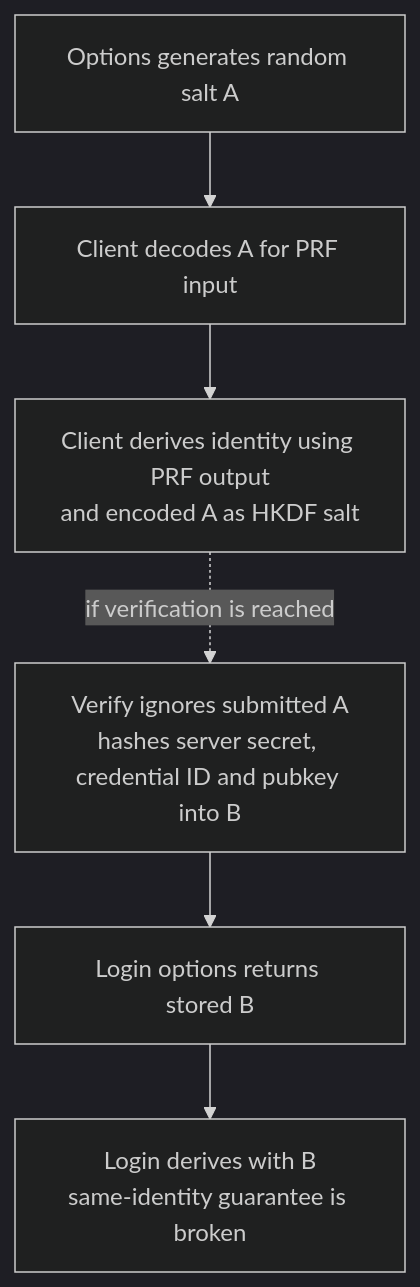
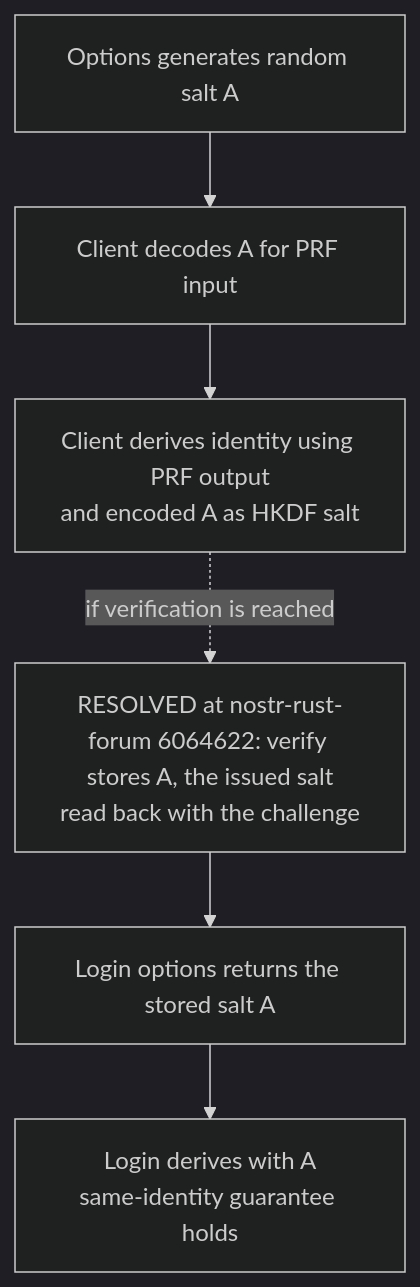
The second of 6 diagrams in docs/diagrams/nostr-rust-forum/23-passkey-client-worker-contracts.md (DreamLab-AI/VisionFlow), drawn with Mermaid (dark theme) before and after one commit. The commit also changed other lines of this file and 59 other files, not shown here.

First line of the commit message:
docs(diagrams): re-derive and re-stamp forum, website, pod, ontomark and sealmap topics

````diff
--- a/docs/diagrams/nostr-rust-forum/23-passkey-client-worker-contracts.md
+++ b/docs/diagrams/nostr-rust-forum/23-passkey-client-worker-contracts.md
@@ -53,17 +53,17 @@
 ```mermaid
 flowchart TB
-    %% Source: ../nostr-rust-forum/crates/nostr-bbs-auth-worker/src/webauthn.rs:739
+    %% Source: ../nostr-rust-forum/crates/nostr-bbs-auth-worker/src/webauthn.rs:783
     A["Options generates random salt A"]
     %% Source: ../nostr-rust-forum/crates/nostr-bbs-forum-client/src/auth/webauthn.rs:65
     B["Client decodes A for PRF input"]
     %% Source: ../nostr-rust-forum/crates/nostr-bbs-forum-client/src/auth/passkey.rs:153
     C["Client derives identity using PRF output<br/>and encoded A as HKDF salt"]
-    %% Source: ../nostr-rust-forum/crates/nostr-bbs-auth-worker/src/webauthn.rs:1021
-    D["Verify ignores submitted A<br/>hashes server secret, credential ID and pubkey into B"]
-    %% Source: ../nostr-rust-forum/crates/nostr-bbs-auth-worker/src/webauthn.rs:1128
-    E["Login options returns stored B"]
-    %% Source: ../nostr-rust-forum/crates/nostr-bbs-forum-client/src/auth/passkey.rs:264
-    F["Login derives with B<br/>same-identity guarantee is broken"]
+    %% Source: ../nostr-rust-forum/crates/nostr-bbs-auth-worker/src/webauthn.rs:1077
+    D["RESOLVED at nostr-rust-forum 6064622: verify stores A, the issued salt<br/>read back with the challenge"]
+    %% Source: ../nostr-rust-forum/crates/nostr-bbs-auth-worker/src/webauthn.rs:1186
+    E["Login options returns the stored salt A"]
+    %% Source: ../nostr-rust-forum/crates/nostr-bbs-forum-client/src/auth/passkey.rs:274
+    F["Login derives with A<br/>same-identity guarantee holds"]
     A --> B --> C
     C -. "if verification is reached" .-> D --> E --> F
 ```
````
